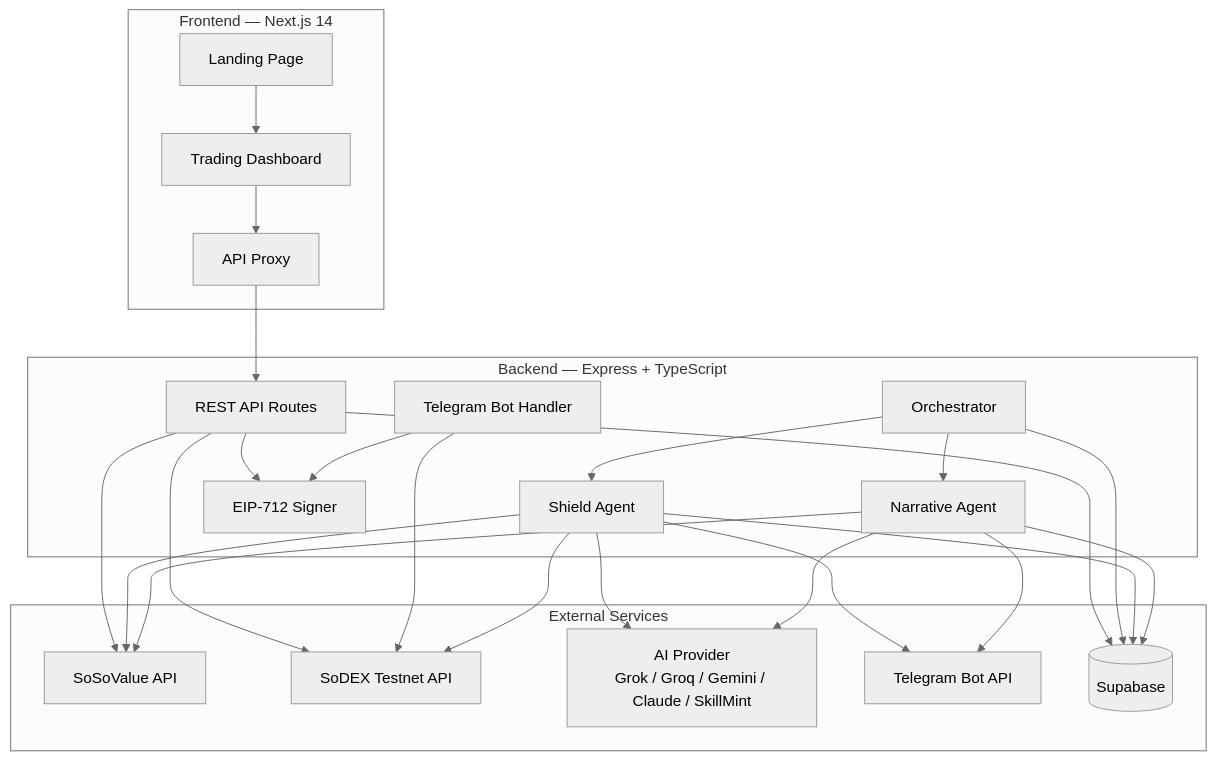
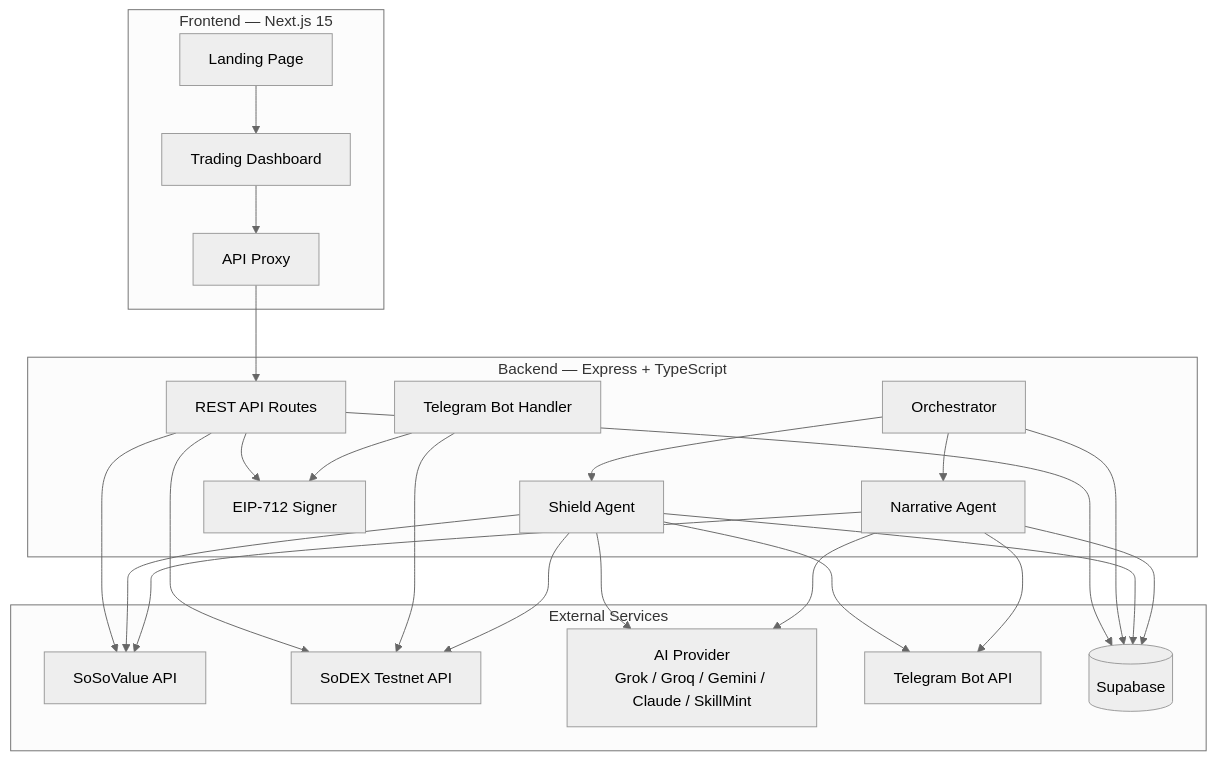
Before and after one commit to Anu062004/Herewesoso: the second of 2 diagrams in README.md, drawn with Mermaid (neutral theme). The commit also changed other lines of this file and 109 other files, not shown here.

````diff
--- a/README.md
+++ b/README.md
@@ -116,47 +116,47 @@
 ```mermaid
 flowchart TB
   subgraph External["External Services"]
     SV[SoSoValue API]
     SD[SoDEX Testnet API]
     AI[AI Provider<br/>Grok / Groq / Gemini / Claude / SkillMint]
     TG[Telegram Bot API]
     SB[(Supabase)]
   end
 
   subgraph Backend["Backend — Express + TypeScript"]
     ORCH[Orchestrator]
     NA[Narrative Agent]
     SA[Shield Agent]
     API[REST API Routes]
     TB[Telegram Bot Handler]
     SIGN[EIP-712 Signer]
   end
 
-  subgraph Frontend["Frontend — Next.js 14"]
+  subgraph Frontend["Frontend — Next.js 15"]
     LAND[Landing Page]
     DASH[Trading Dashboard]
     PROXY[API Proxy]
   end
 
   ORCH --> NA
   ORCH --> SA
   NA --> SV
   NA --> AI
   SA --> SD
   SA --> SV
   SA --> AI
   NA --> SB
   SA --> SB
   NA --> TG
   SA --> TG
   ORCH --> SB
   TB --> SD
   TB --> SIGN
   API --> SB
   API --> SD
   API --> SV
   API --> SIGN
   LAND --> DASH
   DASH --> PROXY
   PROXY --> API
 ```
````
